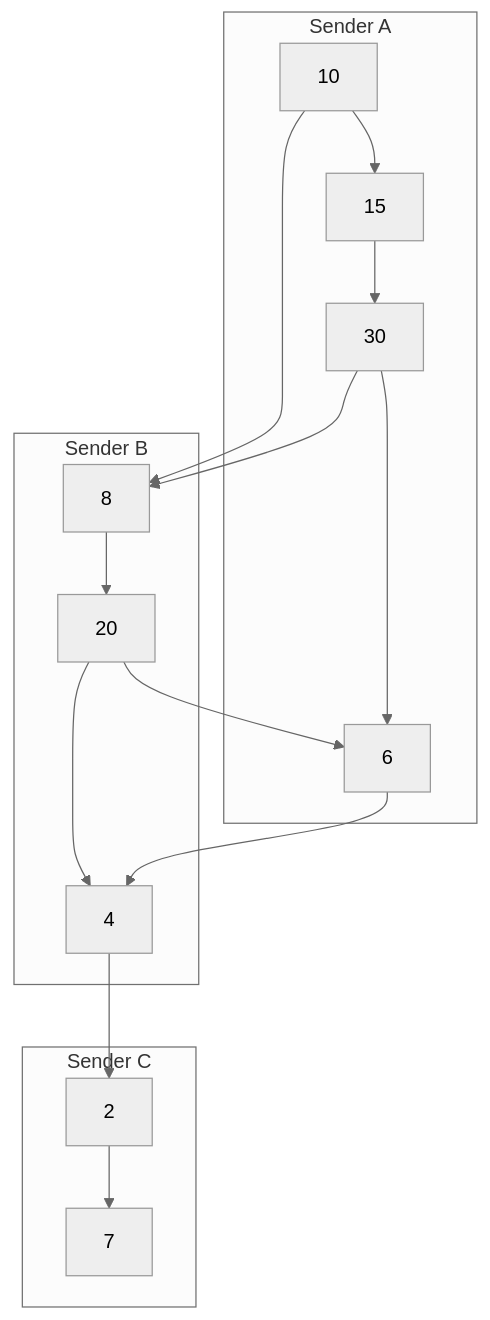
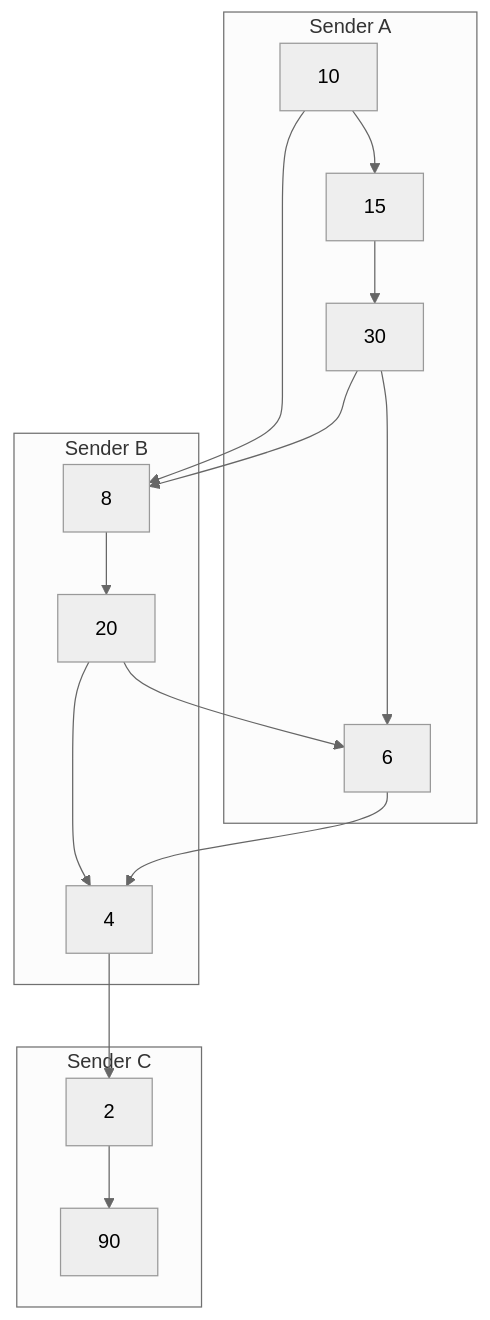
Before and after one commit to cosmos/cosmos-sdk: the fourth of 4 diagrams in types/mempool/priority_nonce_spec.md, drawn with Mermaid (neutral theme). The commit also changed other lines of this file, not shown here.

````diff
--- a/types/mempool/priority_nonce_spec.md
+++ b/types/mempool/priority_nonce_spec.md
@@ -121,22 +121,22 @@
 ```mermaid
 graph TD
     subgraph Sender A
     10-->15
     15-->30
     30-->6
     end
     subgraph Sender B
     8
     8-->20
     10-->8
     30-->8
     20-->4
     20-->6
 
     end
     subgraph Sender C
-    2-->7
+    2-->90
     4-->2
     6-->4
     end
 ```
````
